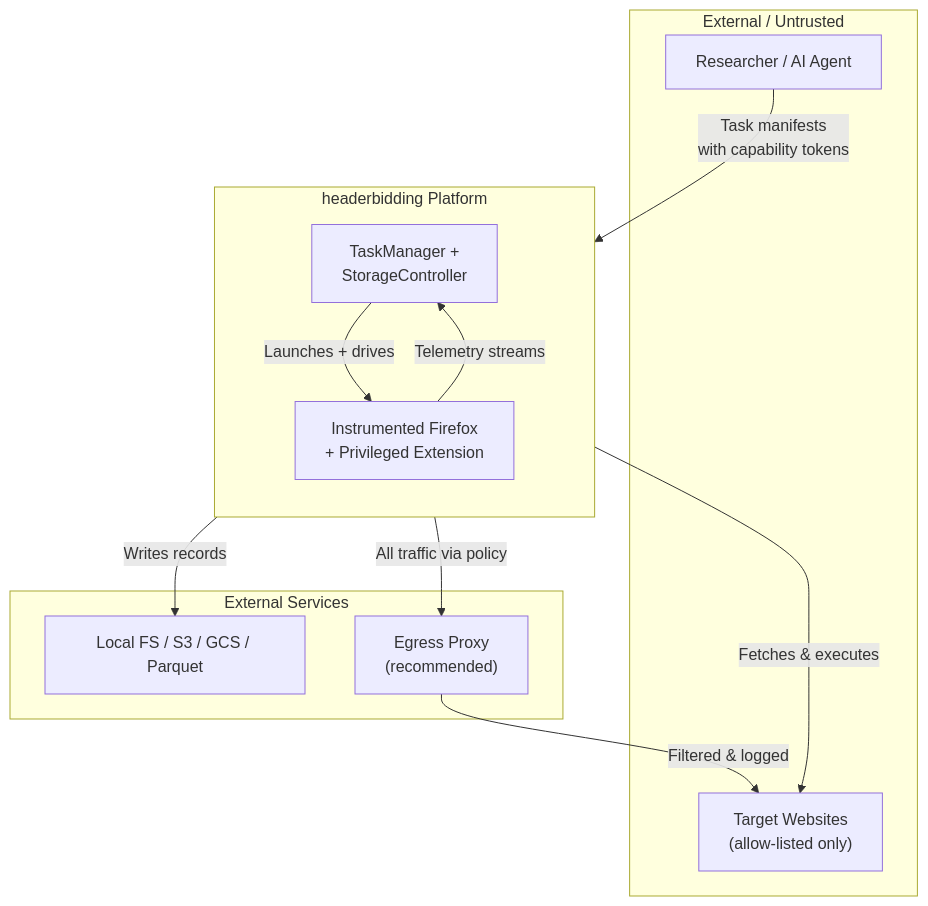
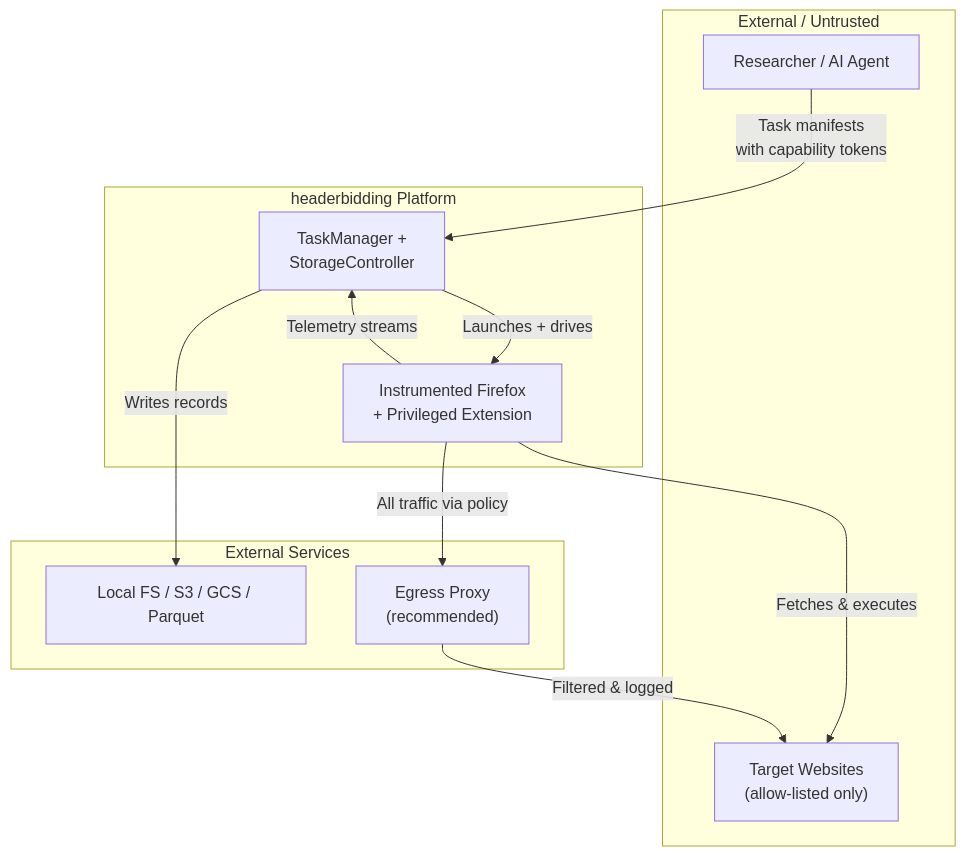
Before and after one commit to code4johnm/headerbidding: the first of 5 diagrams in docs/Architecture.md, drawn with Mermaid. The commit also changed other lines of this file and 9 other files, not shown here.

First line of the commit message:
docs: improve Mermaid diagrams, update version table, and documentation maintenance

````diff
--- a/docs/Architecture.md
+++ b/docs/Architecture.md
@@ -38,26 +38,25 @@
 ```mermaid
 flowchart TB
     subgraph External["External / Untrusted"]
         Researcher["Researcher / AI Agent"]
         Websites["Target Websites<br/>(allow-listed only)"]
     end
 
     subgraph Platform["headerbidding Platform"]
-        direction TB
         TM["TaskManager +<br/>StorageController"]
         FF["Instrumented Firefox<br/>+ Privileged Extension"]
     end
 
     subgraph ExternalServices["External Services"]
         Storage["Local FS / S3 / GCS / Parquet"]
         Proxy["Egress Proxy<br/>(recommended)"]
     end
 
     Researcher -->|Task manifests<br/>with capability tokens| TM
     TM -->|Launches + drives| FF
     FF -->|Fetches & executes| Websites
     FF -->|Telemetry streams| TM
     TM -->|Writes records| Storage
     FF -->|All traffic via policy| Proxy
     Proxy -->|Filtered & logged| Websites
 ```
````
